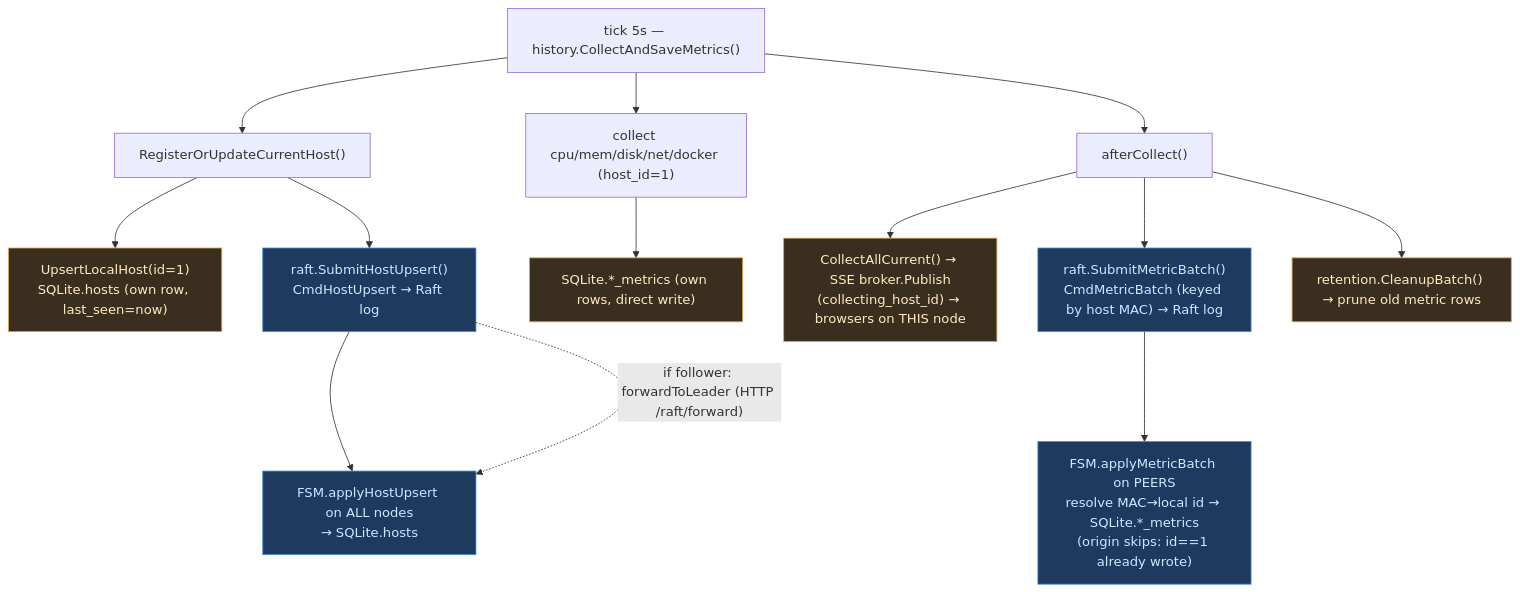
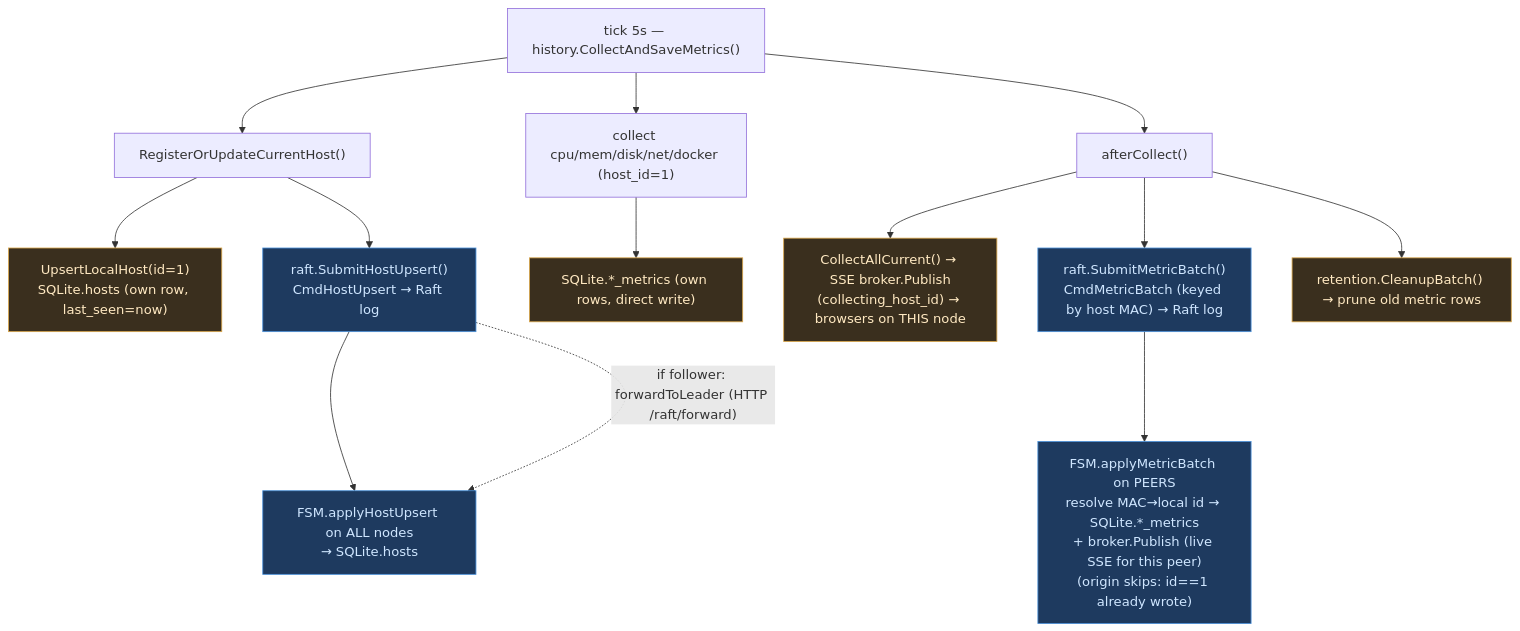
Before and after one commit to LastSkywalkerER/node-page: the third of 5 diagrams in docs/CLUSTER.md, drawn with Mermaid. The commit also changed other lines of this file and 5 other files, not shown here.

First line of the commit message:
Stream replicated metrics over SSE for every host (uniform live)

````diff
--- a/docs/CLUSTER.md
+++ b/docs/CLUSTER.md
@@ -94,20 +94,20 @@
 ```mermaid
 flowchart TD
   T["tick 5s — history.CollectAndSaveMetrics()"] --> R["RegisterOrUpdateCurrentHost()"]
   R --> RL["UpsertLocalHost(id=1)<br/>SQLite.hosts (own row, last_seen=now)"]:::local
   R --> RR["raft.SubmitHostUpsert()<br/>CmdHostUpsert → Raft log"]:::repl
   RR --> RF["FSM.applyHostUpsert on ALL nodes<br/>→ SQLite.hosts"]:::repl
   RR -. "if follower: forwardToLeader (HTTP /raft/forward)" .-> RF
 
   T --> M["collect cpu/mem/disk/net/docker (host_id=1)"]
   M --> ML["SQLite.*_metrics (own rows, direct write)"]:::local
 
   T --> A["afterCollect()"]
   A --> SSE["CollectAllCurrent() → SSE broker.Publish<br/>(collecting_host_id) → browsers on THIS node"]:::local
   A --> RB["raft.SubmitMetricBatch()<br/>CmdMetricBatch (keyed by host MAC) → Raft log"]:::repl
-  RB --> RBF["FSM.applyMetricBatch on PEERS<br/>resolve MAC→local id → SQLite.*_metrics<br/>(origin skips: id==1 already wrote)"]:::repl
+  RB --> RBF["FSM.applyMetricBatch on PEERS<br/>resolve MAC→local id → SQLite.*_metrics<br/>+ broker.Publish (live SSE for this peer)<br/>(origin skips: id==1 already wrote)"]:::repl
   A --> RET["retention.CleanupBatch() → prune old metric rows"]:::local
 
   classDef repl fill:#1e3a5f,stroke:#4a90d9,color:#cfe6ff;
   classDef local fill:#3a2f1e,stroke:#d9a64a,color:#ffe9c2;
 ```
````
